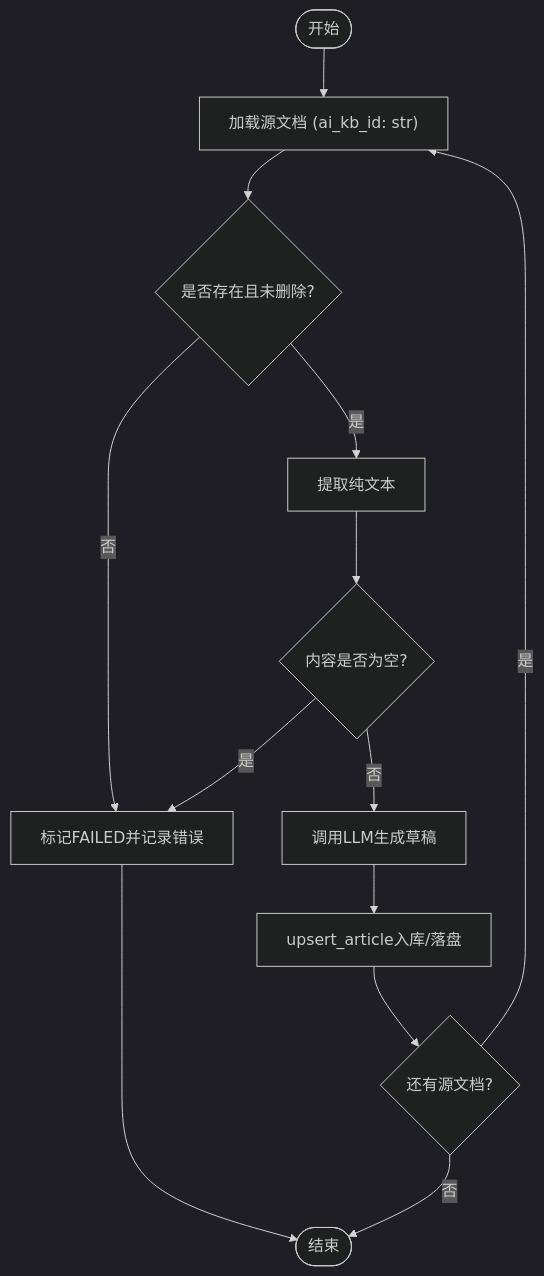
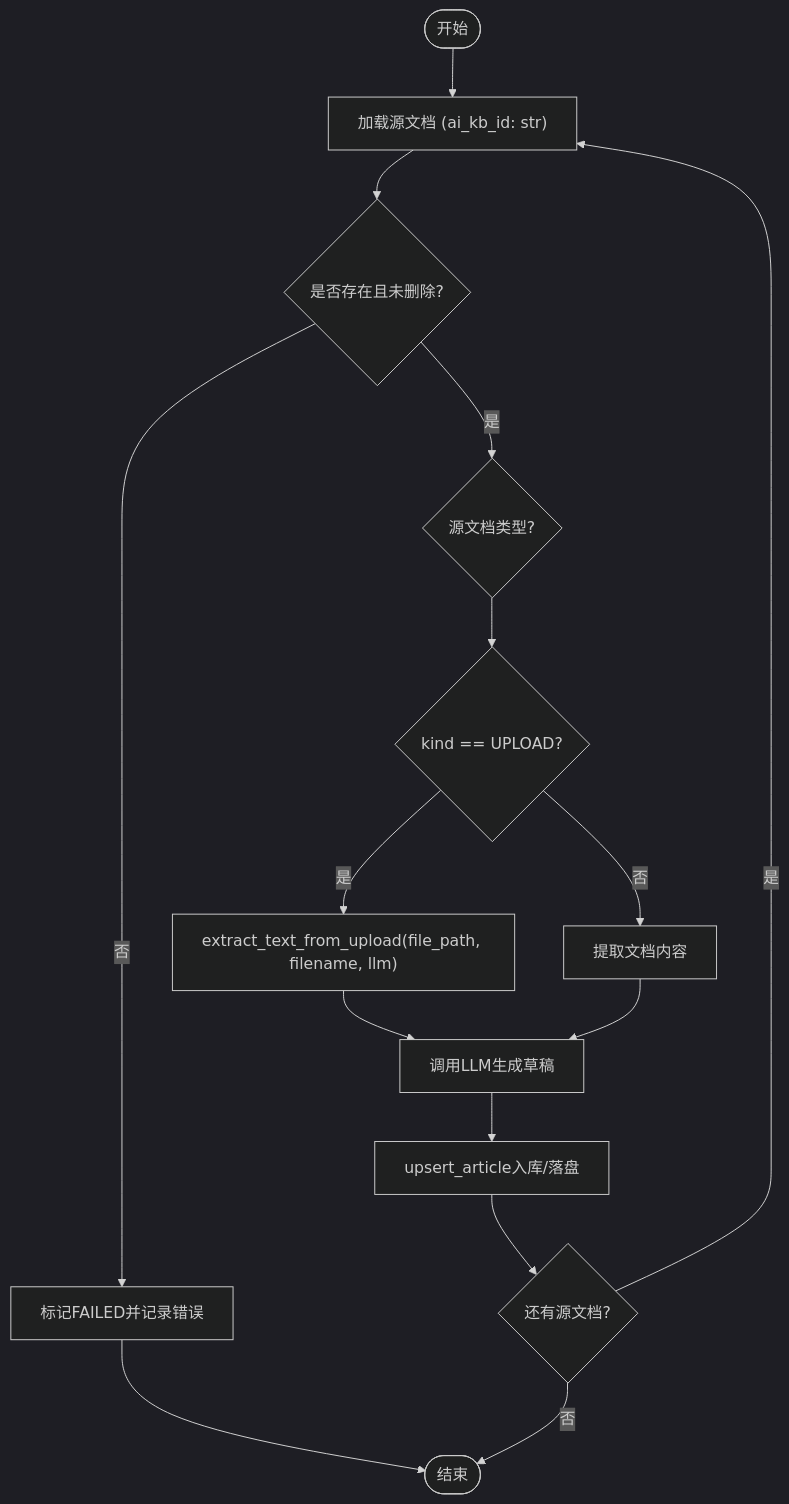
The seventh of 13 diagrams in .qoder/repowiki/zh/content/核心模块/AI知识库模块/AI知识库服务层.md (beyondalbert/my_wiki), drawn with Mermaid (dark theme) before and after one commit. The commit also changed other lines of this file and 7 other files, not shown here.

````diff
--- a/.qoder/repowiki/zh/content/核心模块/AI知识库模块/AI知识库服务层.md
+++ b/.qoder/repowiki/zh/content/核心模块/AI知识库模块/AI知识库服务层.md
@@ -218,15 +330,17 @@
 ```mermaid
 flowchart TD
 Start(["开始"]) --> LoadSrc["加载源文档 (ai_kb_id: str)"]
 LoadSrc --> Exists{"是否存在且未删除?"}
 Exists -- 否 --> Fail["标记FAILED并记录错误"]
-Exists -- 是 --> Extract["提取纯文本"]
-Extract --> CheckEmpty{"内容是否为空?"}
-CheckEmpty -- 是 --> Fail
-CheckEmpty -- 否 --> CallLLM["调用LLM生成草稿"]
+Exists -- 是 --> CheckKind{"源文档类型?"}
+CheckKind --> Upload{"kind == UPLOAD?"}
+Upload -- 是 --> Extract["extract_text_from_upload(file_path, filename, llm)"]
+Upload -- 否 --> ExtractDoc["提取文档内容"]
+Extract --> CallLLM["调用LLM生成草稿"]
+ExtractDoc --> CallLLM
 CallLLM --> Upsert["upsert_article入库/落盘"]
 Upsert --> Next{"还有源文档?"}
 Next -- 是 --> LoadSrc
 Next -- 否 --> Done(["结束"])
 Fail --> Done
 ```
````
